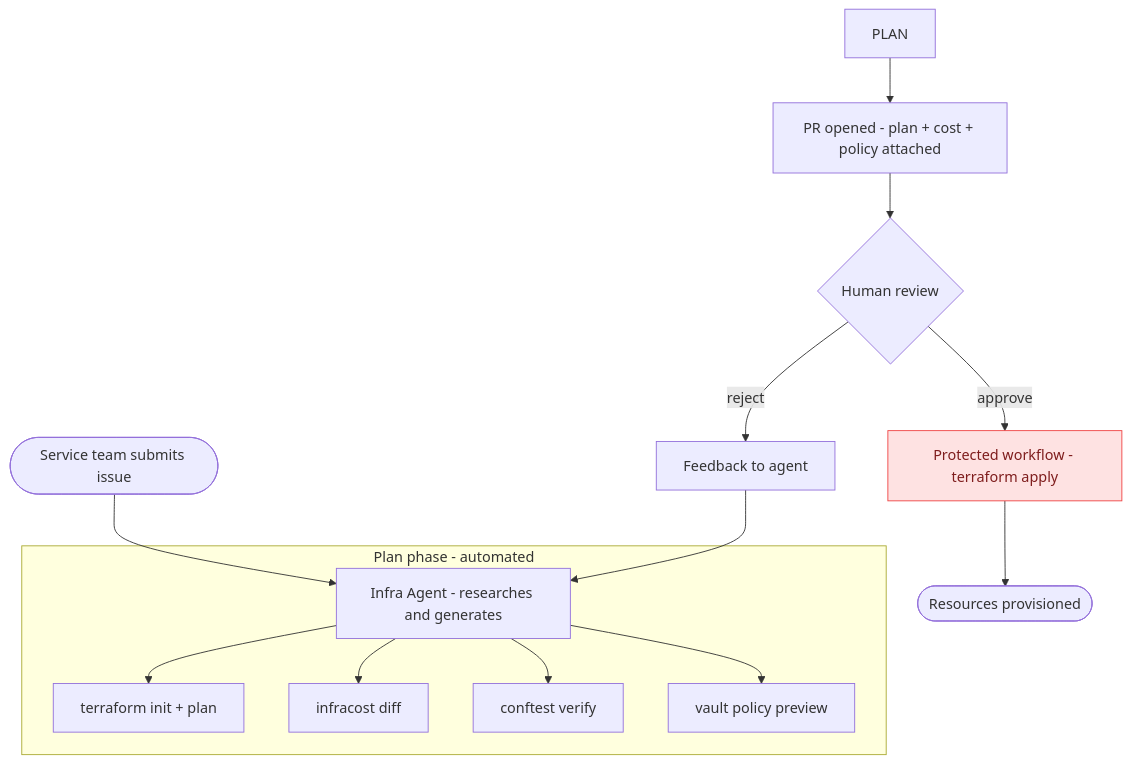
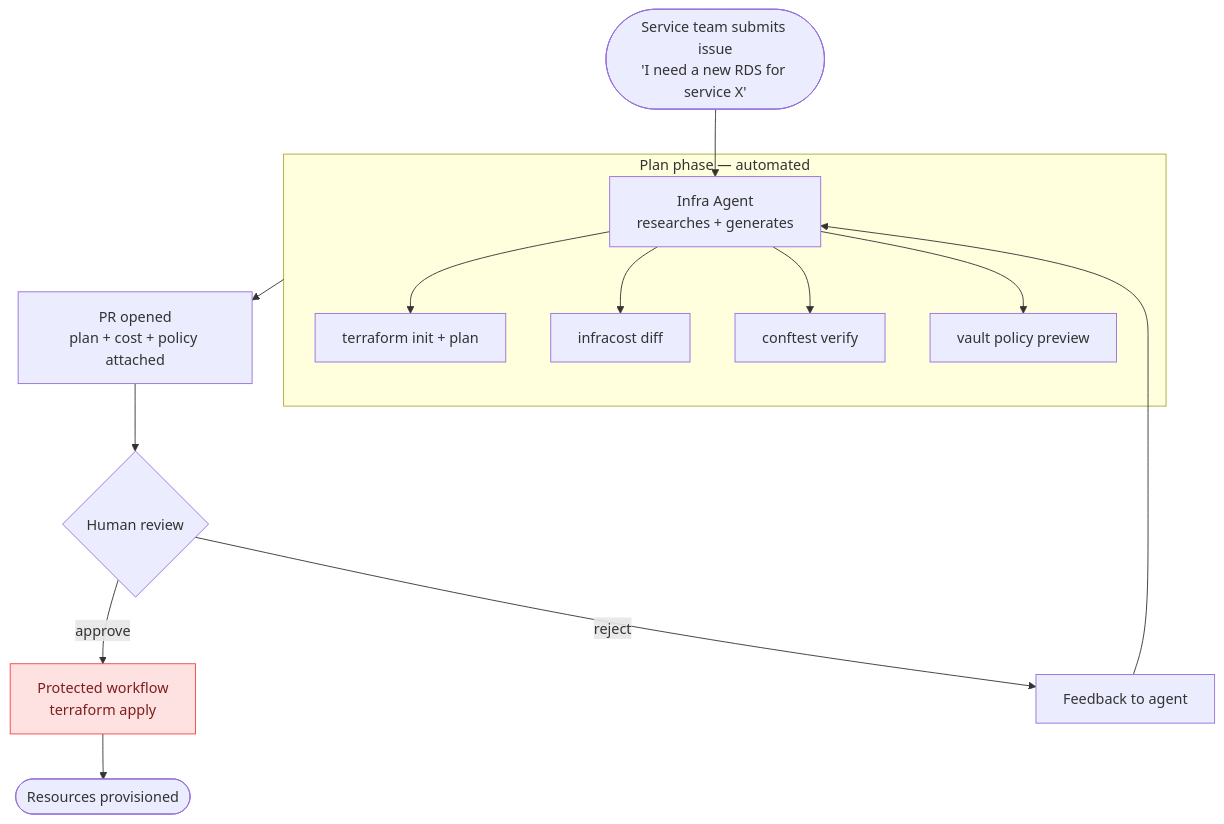
One commit to aba-d/demogitactions changed the ninth of 13 diagrams in DevOps Agent Learning.md. Above: the diagram before and after it, drawn with Mermaid. The commit also changed other lines of this file, not shown here.

Commit message:
SCRUM-31 Added the new file updated with new one agent

````diff
--- a/DevOps Agent Learning.md
+++ b/DevOps Agent Learning.md
@@ -583,24 +861,24 @@
 ```mermaid
 flowchart TD
-    REQ([Service team submits issue])
+    REQ(["Service team submits issue<br/>'I need a new RDS for service X'"])
 
-    REQ --> AGENT[Infra Agent - researches and generates]
+    REQ --> AGENT["Infra Agent<br/>researches + generates"]
 
-    subgraph Plan phase - automated
+    subgraph PLAN["Plan phase — automated"]
         AGENT --> TF1[terraform init + plan]
         AGENT --> COST[infracost diff]
         AGENT --> POLICY[conftest verify]
         AGENT --> VAULT[vault policy preview]
     end
 
-    PLAN --> PR[PR opened - plan + cost + policy attached]
+    PLAN --> PR["PR opened<br/>plan + cost + policy attached"]
 
     PR --> REV{Human review}
-    REV -->|approve| APPLY[Protected workflow - terraform apply]
+    REV -->|approve| APPLY["Protected workflow<br/>terraform apply"]
     REV -->|reject| FB[Feedback to agent]
     FB --> AGENT
 
     APPLY --> PROD([Resources provisioned])
 
     style APPLY fill:#fee2e2,stroke:#ef4444,color:#7f1d1d
 ```
````
